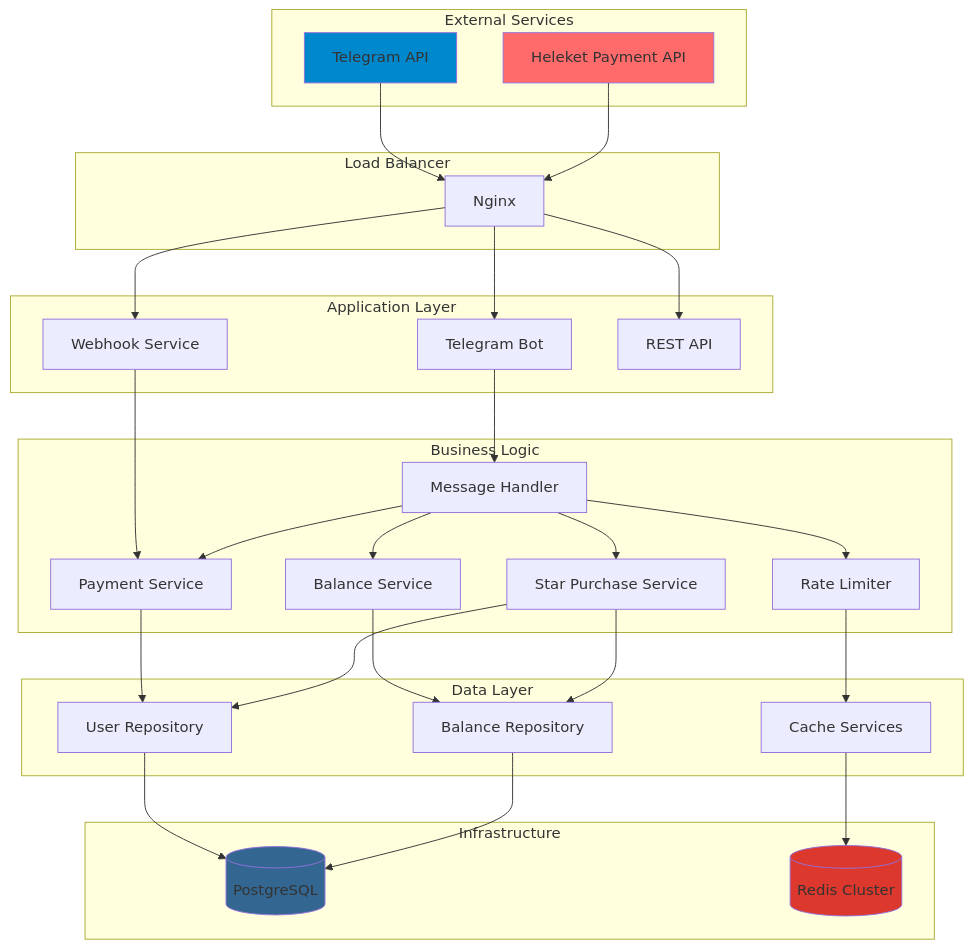
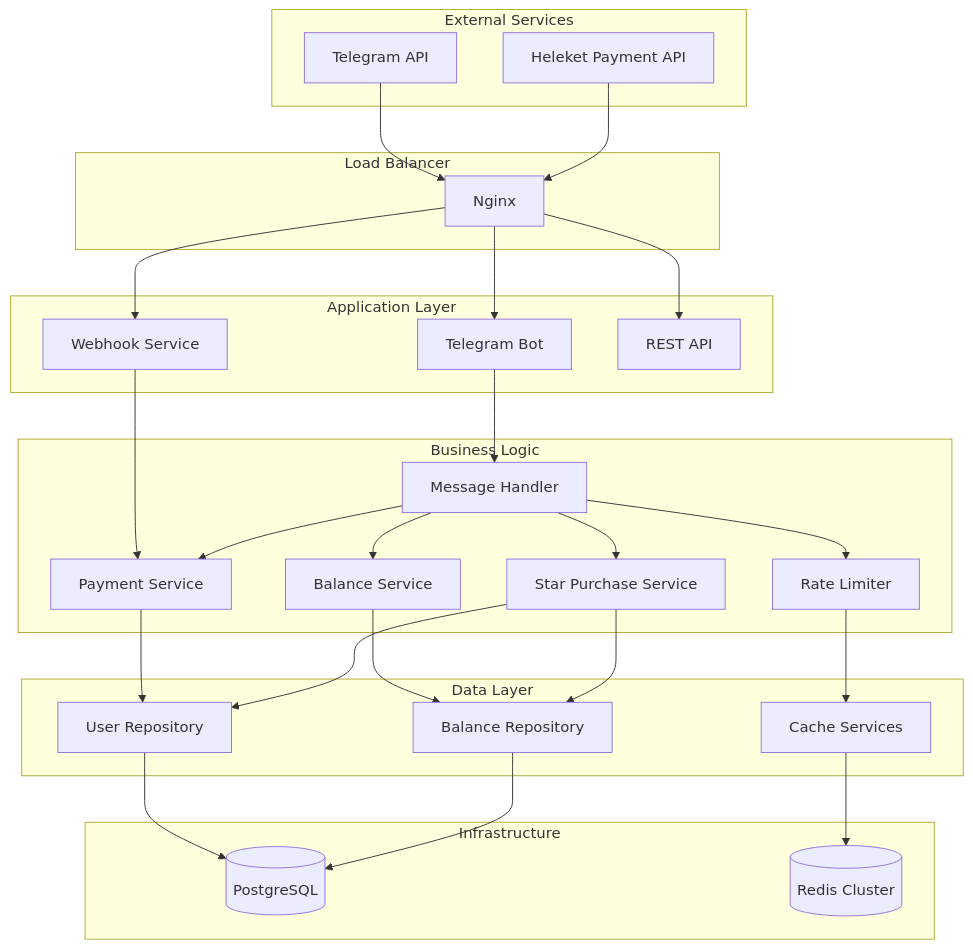
The first of 10 diagrams in README.md (neKamita/Mirza-Telegram-Shop-Bot), drawn with Mermaid before and after one commit. The commit also changed other lines of this file, not shown here.

````diff
--- a/README.md
+++ b/README.md
@@ -33,64 +33,60 @@
 ```mermaid
 graph TB
     subgraph "External Services"
         TG[Telegram API]
         HELEKET[Heleket Payment API]
     end
 
     subgraph "Load Balancer"
         NGINX[Nginx]
     end
 
     subgraph "Application Layer"
         BOT[Telegram Bot]
         WEBHOOK[Webhook Service]
         API[REST API]
     end
 
     subgraph "Business Logic"
         MH[Message Handler]
         PS[Payment Service]
         BS[Balance Service]
         SPS[Star Purchase Service]
         RL[Rate Limiter]
     end
 
     subgraph "Data Layer"
         UR[User Repository]
         BR[Balance Repository]
         CACHE[Cache Services]
     end
 
     subgraph "Infrastructure"
         PG[(PostgreSQL)]
         REDIS[(Redis Cluster)]
     end
 
     TG --> NGINX
     HELEKET --> NGINX
     NGINX --> BOT
     NGINX --> WEBHOOK
     NGINX --> API
 
     BOT --> MH
     WEBHOOK --> PS
     MH --> PS
     MH --> BS
     MH --> SPS
     MH --> RL
 
     PS --> UR
     BS --> BR
     SPS --> UR
     SPS --> BR
     RL --> CACHE
 
     UR --> PG
     BR --> PG
     CACHE --> REDIS
 
-    style TG fill:#0088cc
-    style HELEKET fill:#ff6b6b
-    style PG fill:#336791
-    style REDIS fill:#dc382d
 ```
````
